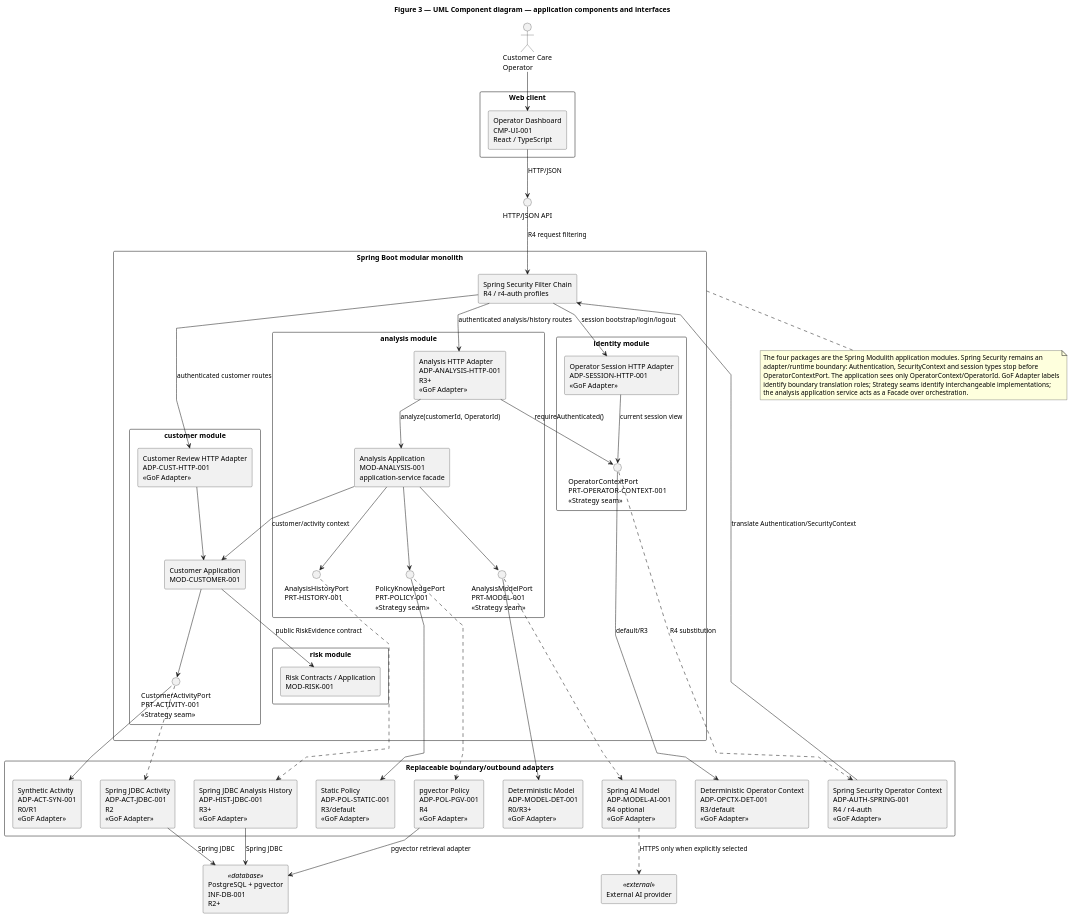
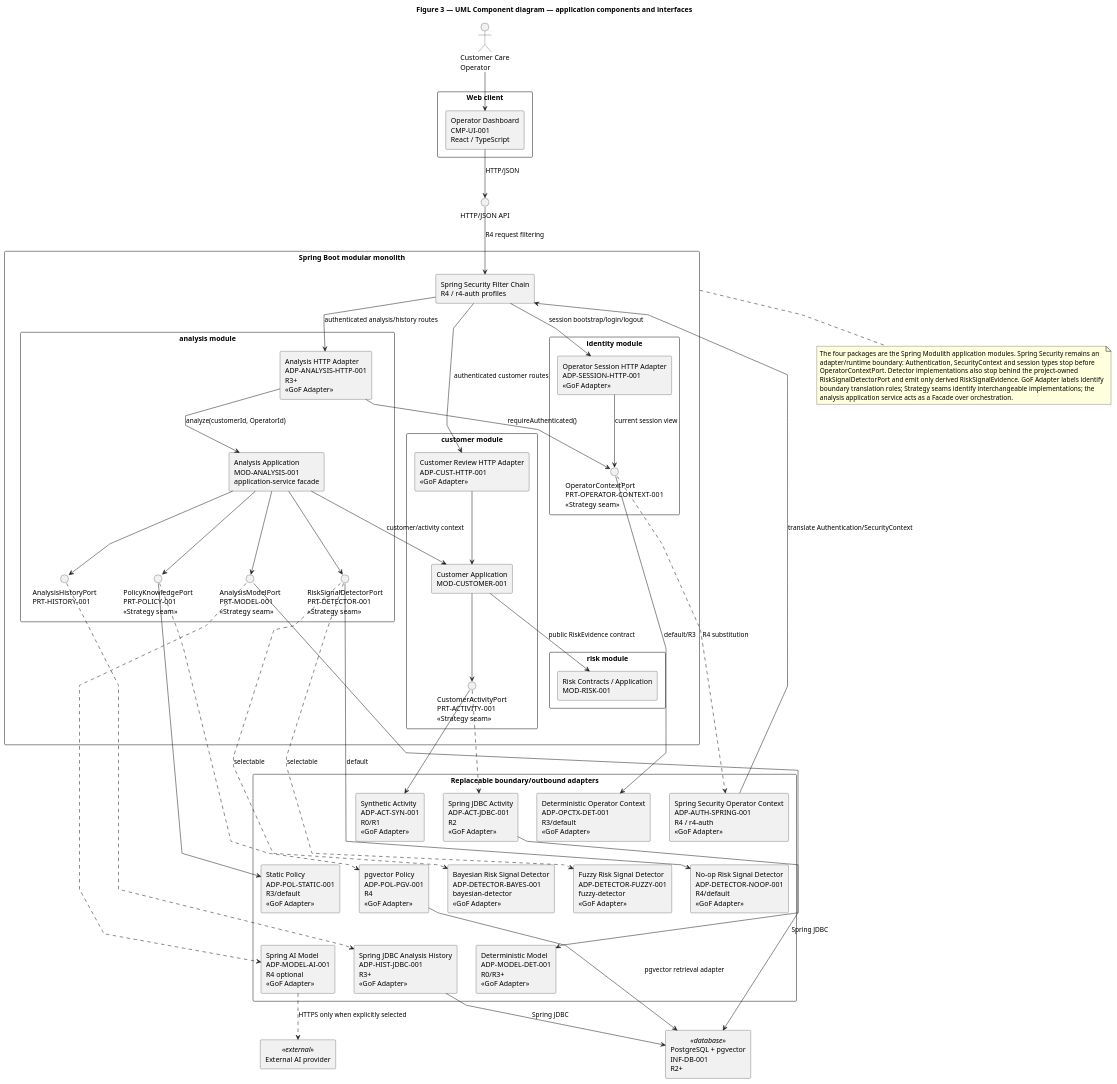
One commit to jdoe-dev-159753/specgraph-reference-app changed the diagram in docs/assignment/SDD/diagrams/component-topology.puml. Above: the diagram before and after it, drawn with PlantUML. The commit also changed 1 other file, not shown here.

Commit message:
docs: add detector seam to component topology source

```diff
--- a/docs/assignment/SDD/diagrams/component-topology.puml
+++ b/docs/assignment/SDD/diagrams/component-topology.puml
@@ -1,110 +1,123 @@
 @startuml
 title Figure 3 — UML Component diagram — application components and interfaces
 top to bottom direction
 skinparam componentStyle rectangle
 skinparam packageStyle rectangle
 skinparam linetype polyline
 skinparam nodesep 38
 skinparam ranksep 45
 
 actor "Customer Care\nOperator" as Operator
 interface "HTTP/JSON API" as WebApi
 
 package "Web client" {
   component "Operator Dashboard\nCMP-UI-001\nReact / TypeScript" as UI
 }
 
 package "Spring Boot modular monolith" as Backend {
   component "Spring Security Filter Chain\nR4 / r4-auth profiles" as SecurityFilter
 
   package "identity module" as IdentityModule {
     component "Operator Session HTTP Adapter\nADP-SESSION-HTTP-001\n<<GoF Adapter>>" as SessionHttp
     interface "OperatorContextPort\nPRT-OPERATOR-CONTEXT-001\n<<Strategy seam>>" as OperatorContextPort
   }
 
   package "customer module" as CustomerModule {
     component "Customer Review HTTP Adapter\nADP-CUST-HTTP-001\n<<GoF Adapter>>" as CustomerHttp
     component "Customer Application\nMOD-CUSTOMER-001" as Customer
     interface "CustomerActivityPort\nPRT-ACTIVITY-001\n<<Strategy seam>>" as ActivityPort
   }
 
   package "risk module" as RiskModule {
     component "Risk Contracts / Application\nMOD-RISK-001" as Risk
   }
 
   package "analysis module" as AnalysisModule {
     component "Analysis HTTP Adapter\nADP-ANALYSIS-HTTP-001\nR3+\n<<GoF Adapter>>" as AnalysisHttp
     component "Analysis Application\nMOD-ANALYSIS-001\napplication-service facade" as Analysis
+    interface "RiskSignalDetectorPort\nPRT-DETECTOR-001\n<<Strategy seam>>" as DetectorPort
     interface "PolicyKnowledgePort\nPRT-POLICY-001\n<<Strategy seam>>" as PolicyPort
     interface "AnalysisModelPort\nPRT-MODEL-001\n<<Strategy seam>>" as ModelPort
     interface "AnalysisHistoryPort\nPRT-HISTORY-001" as HistoryPort
   }
 }
 
 package "Replaceable boundary/outbound adapters" as Adapters {
   component "Deterministic Operator Context\nADP-OPCTX-DET-001\nR3/default\n<<GoF Adapter>>" as OperatorDet
   component "Spring Security Operator Context\nADP-AUTH-SPRING-001\nR4 / r4-auth\n<<GoF Adapter>>" as OperatorSecurity
   component "Synthetic Activity\nADP-ACT-SYN-001\nR0/R1\n<<GoF Adapter>>" as ActivitySynthetic
   component "Spring JDBC Activity\nADP-ACT-JDBC-001\nR2\n<<GoF Adapter>>" as ActivityJdbc
+  component "No-op Risk Signal Detector\nADP-DETECTOR-NOOP-001\nR4/default\n<<GoF Adapter>>" as DetectorNoOp
+  component "Bayesian Risk Signal Detector\nADP-DETECTOR-BAYES-001\nbayesian-detector\n<<GoF Adapter>>" as DetectorBayes
+  component "Fuzzy Risk Signal Detector\nADP-DETECTOR-FUZZY-001\nfuzzy-detector\n<<GoF Adapter>>" as DetectorFuzzy
   component "Static Policy\nADP-POL-STATIC-001\nR3/default\n<<GoF Adapter>>" as PolicyStatic
   component "pgvector Policy\nADP-POL-PGV-001\nR4\n<<GoF Adapter>>" as PolicyPg
   component "Deterministic Model\nADP-MODEL-DET-001\nR0/R3+\n<<GoF Adapter>>" as ModelDet
   component "Spring AI Model\nADP-MODEL-AI-001\nR4 optional\n<<GoF Adapter>>" as ModelAi
   component "Spring JDBC Analysis History\nADP-HIST-JDBC-001\nR3+\n<<GoF Adapter>>" as HistoryJdbc
 
   OperatorDet -[hidden]right-> OperatorSecurity
   OperatorSecurity -[hidden]right-> ActivitySynthetic
   ActivitySynthetic -[hidden]right-> ActivityJdbc
-  ActivityJdbc -[hidden]right-> PolicyStatic
+  ActivityJdbc -[hidden]down-> DetectorNoOp
+  DetectorNoOp -[hidden]right-> DetectorBayes
+  DetectorBayes -[hidden]right-> DetectorFuzzy
+  DetectorFuzzy -[hidden]right-> PolicyStatic
   PolicyStatic -[hidden]right-> PolicyPg
+  PolicyPg -[hidden]down-> ModelDet
   ModelDet -[hidden]right-> ModelAi
   ModelAi -[hidden]right-> HistoryJdbc
 }
 
 component "PostgreSQL + pgvector\nINF-DB-001\nR2+" as Db <<database>>
 component "External AI provider" as Provider <<external>>
 
 Operator --> UI
 UI --> WebApi : HTTP/JSON
 WebApi --> SecurityFilter : R4 request filtering
 SecurityFilter --> SessionHttp : session bootstrap/login/logout
 SecurityFilter --> CustomerHttp : authenticated customer routes
 SecurityFilter --> AnalysisHttp : authenticated analysis/history routes
 
 SessionHttp --> OperatorContextPort : current session view
 AnalysisHttp --> OperatorContextPort : requireAuthenticated()
 OperatorContextPort --> OperatorDet : default/R3
 OperatorContextPort ..> OperatorSecurity : R4 substitution
 OperatorSecurity --> SecurityFilter : translate Authentication/SecurityContext
 
 CustomerHttp --> Customer
 Customer --> Risk : public RiskEvidence contract
 Customer --> ActivityPort
 
 AnalysisHttp --> Analysis : analyze(customerId, OperatorId)
 Analysis --> Customer : customer/activity context
+Analysis --> DetectorPort
 Analysis --> PolicyPort
 Analysis --> ModelPort
 Analysis --> HistoryPort
 
 ActivityPort --> ActivitySynthetic
 ActivityPort ..> ActivityJdbc
+DetectorPort --> DetectorNoOp : default
+DetectorPort ..> DetectorBayes : selectable
+DetectorPort ..> DetectorFuzzy : selectable
 PolicyPort --> PolicyStatic
 PolicyPort ..> PolicyPg
 ModelPort --> ModelDet
 ModelPort ..> ModelAi
 HistoryPort ..> HistoryJdbc
 
 ActivityJdbc --> Db : Spring JDBC
 PolicyPg --> Db : pgvector retrieval adapter
 HistoryJdbc --> Db : Spring JDBC
 ModelAi ..> Provider : HTTPS only when explicitly selected
 
 note bottom of Backend
   The four packages are the Spring Modulith application modules. Spring Security remains an
   adapter/runtime boundary: Authentication, SecurityContext and session types stop before
-  OperatorContextPort. The application sees only OperatorContext/OperatorId. GoF Adapter labels
-  identify boundary translation roles; Strategy seams identify interchangeable implementations;
-  the analysis application service acts as a Facade over orchestration.
+  OperatorContextPort. Detector implementations also stop behind the project-owned
+  RiskSignalDetectorPort and emit only derived RiskSignalEvidence. GoF Adapter labels identify
+  boundary translation roles; Strategy seams identify interchangeable implementations; the
+  analysis application service acts as a Facade over orchestration.
 end note
 @enduml
```
